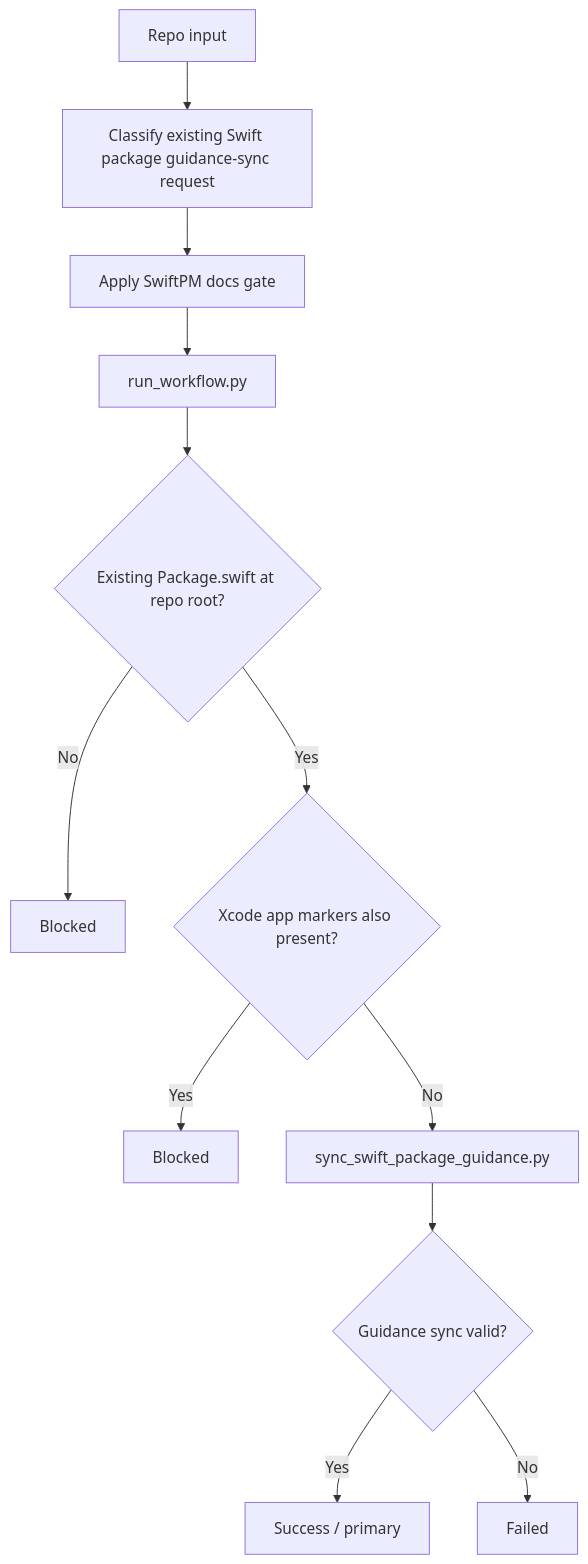
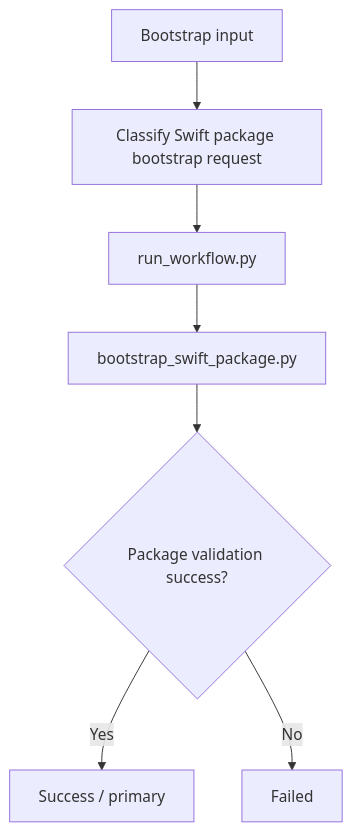
Before and after one commit to gaelic-ghost/apple-dev-skills: the seventh of 8 diagrams in docs/maintainers/workflow-atlas.md, drawn with Mermaid. The commit also changed other lines of this file and 43 other files, not shown here.

Commit message:
Extract Apple and Swift docs workflow skill

````diff
--- a/docs/maintainers/workflow-atlas.md
+++ b/docs/maintainers/workflow-atlas.md
@@ -473,14 +387,9 @@
 ```mermaid
 flowchart TD
-    I["Repo input"] --> C["Classify existing Swift package guidance-sync request"]
-    C --> DOCS["Apply SwiftPM docs gate"]
-    DOCS --> RW["run_workflow.py"]
-    RW --> DETECT{"Existing Package.swift at repo root?"}
-    DETECT -->|No| BL["Blocked"]
-    DETECT -->|Yes| AMBIG{"Xcode app markers also present?"}
-    AMBIG -->|Yes| BL2["Blocked"]
-    AMBIG -->|No| APPLY["sync_swift_package_guidance.py"]
-    APPLY --> VALIDATE{"Guidance sync valid?"}
+    I["Bootstrap input"] --> C["Classify Swift package bootstrap request"]
+    C --> RW["run_workflow.py"]
+    RW --> GEN["bootstrap_swift_package.py"]
+    GEN --> VALIDATE{"Package validation success?"}
     VALIDATE -->|Yes| OUT["Success / primary"]
     VALIDATE -->|No| FAIL["Failed"]
 ```
````
